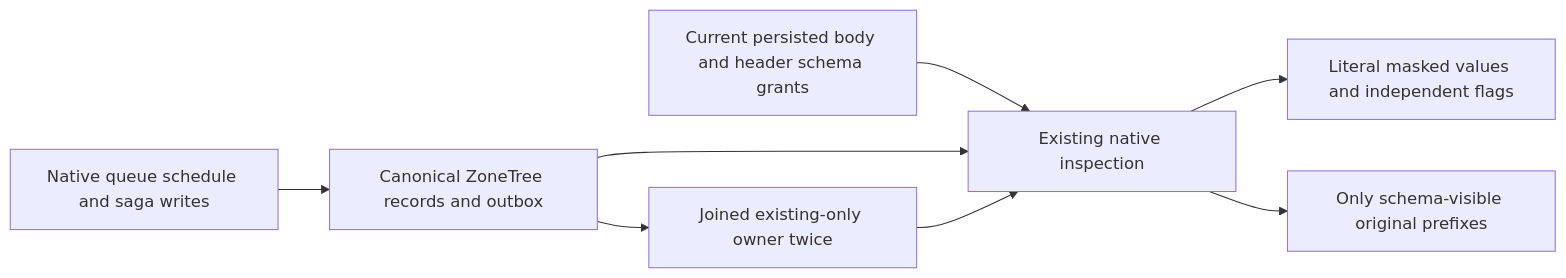
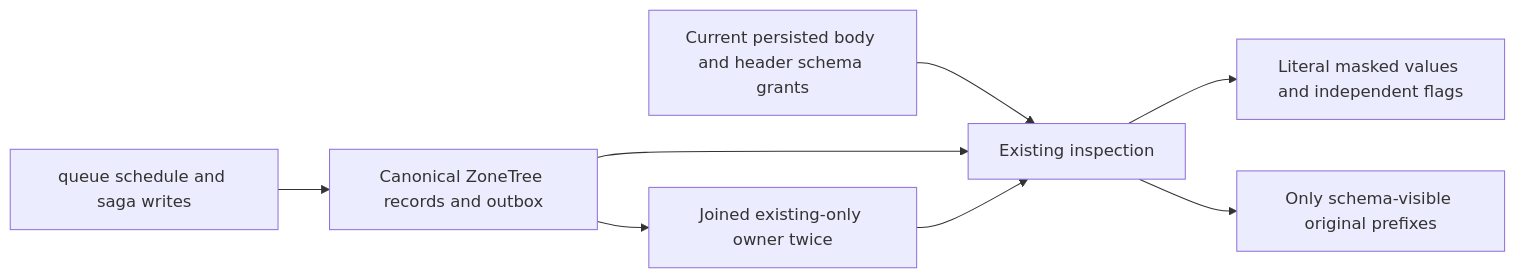
The diagram in docs/Features/Messaging/SchemaVisibleSagaInspection.md (managedcode/KeyLoad), drawn with Mermaid before and after one commit. The commit also changed other lines of this file and 9016 other files, not shown here.

````diff
--- a/docs/Features/Messaging/SchemaVisibleSagaInspection.md
+++ b/docs/Features/Messaging/SchemaVisibleSagaInspection.md
@@ -21,10 +21,10 @@
 ```mermaid
 flowchart LR
-  Configure[Native queue schedule and saga writes] --> Records[Canonical ZoneTree records and outbox]
-  Grants[Current persisted body and header schema grants] --> Inspect[Existing native inspection]
+  Configure[queue schedule and saga writes] --> Records[Canonical ZoneTree records and outbox]
+  Grants[Current persisted body and header schema grants] --> Inspect[Existing inspection]
   Records --> Inspect
   Inspect --> Values[Literal masked values and independent flags]
   Inspect --> Paths[Only schema-visible original prefixes]
   Records --> Reopen[Joined existing-only owner twice]
   Reopen --> Inspect
 ```
````
